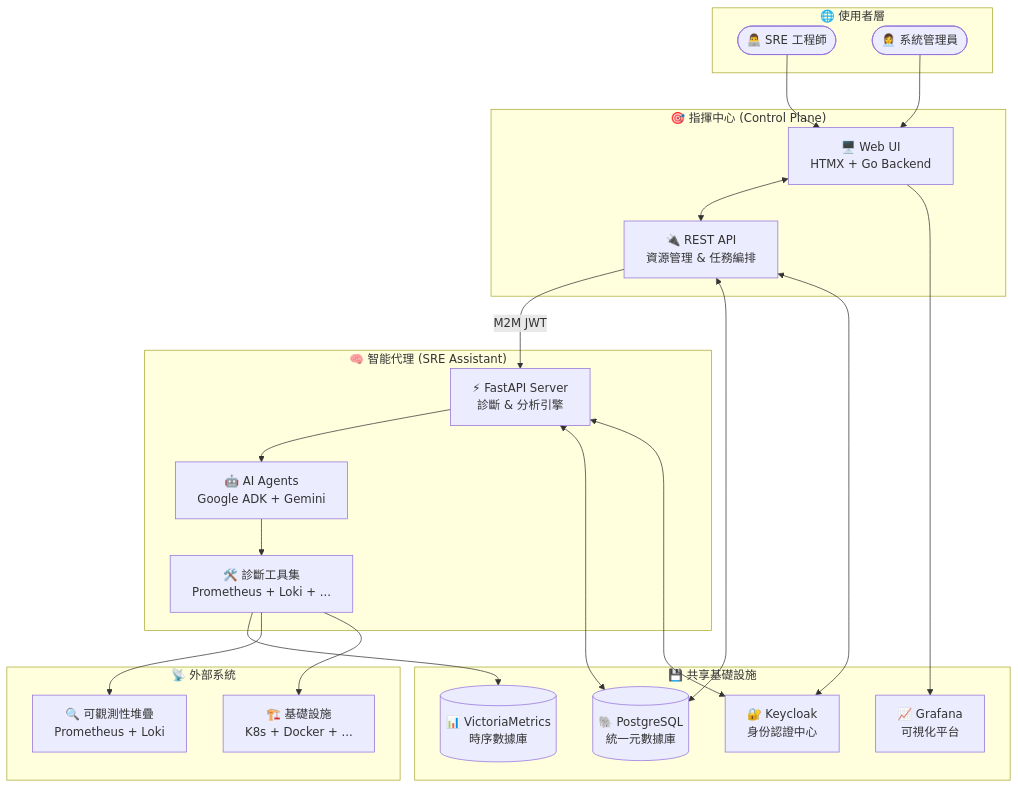
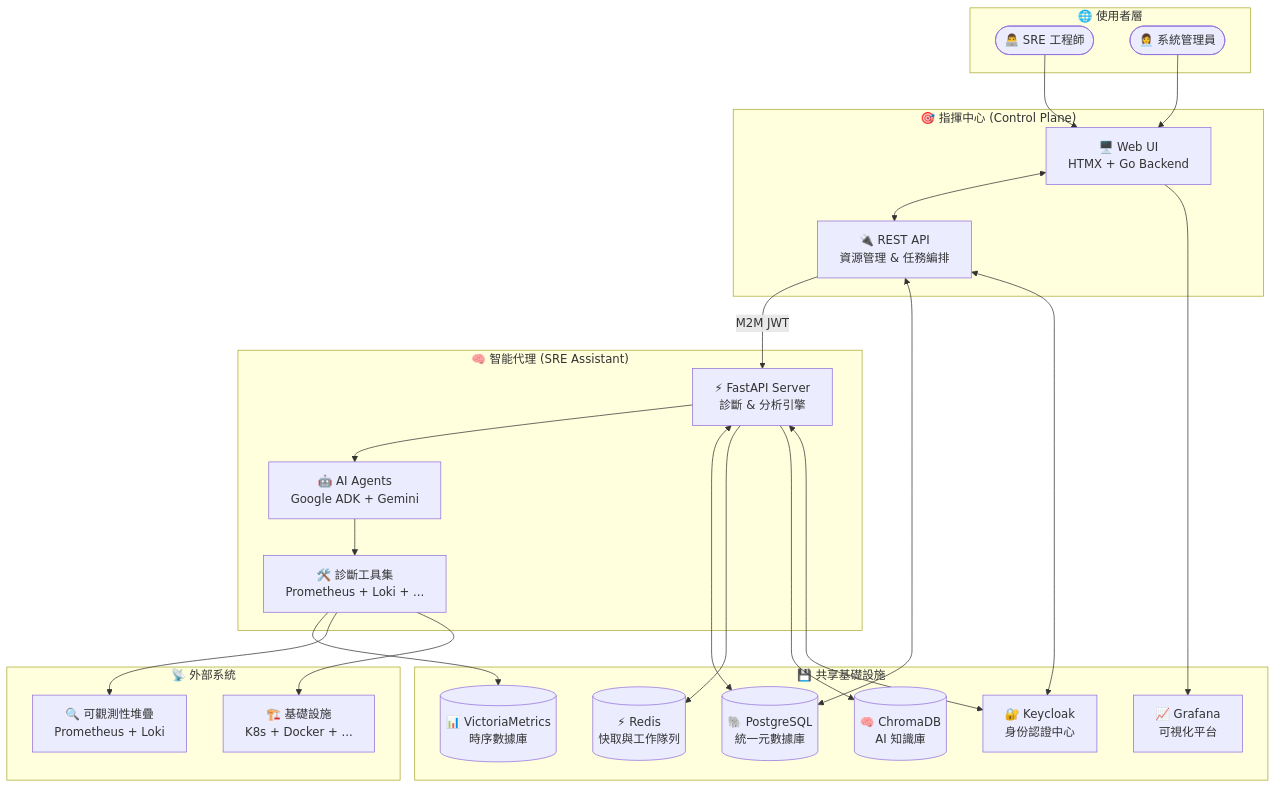
The second of 4 diagrams in README.md (detectviz/ai-ops), drawn with Mermaid before and after one commit. The commit also changed other lines of this file and 7 other files, not shown here.

````diff
--- a/README.md
+++ b/README.md
@@ -96,54 +96,58 @@
 ```mermaid
 graph TB
     subgraph "🌐 使用者層"
         User([👨‍💻 SRE 工程師])
         Admin([👩‍💼 系統管理員])
     end
 
     subgraph "🎯 指揮中心 (Control Plane)"
         ControlPlaneUI[🖥️ Web UI<br/>HTMX + Go Backend]
         ControlPlaneAPI[🔌 REST API<br/>資源管理 & 任務編排]
     end
 
     subgraph "🧠 智能代理 (SRE Assistant)"
         SREAssistantAPI[⚡ FastAPI Server<br/>診斷 & 分析引擎]
         AIAgents[🤖 AI Agents<br/>Google ADK + Gemini]
         Tools[🛠️ 診斷工具集<br/>Prometheus + Loki + ...]
     end
 
     subgraph "💾 共享基礎設施"
         PostgreSQL[(🐘 PostgreSQL<br/>統一元數據庫)]
-        VictoriaMetrics[(📊 VictoriaMetrics<br/>時序數據庫)]  
+        VictoriaMetrics[(📊 VictoriaMetrics<br/>時序數據庫)]
+        Redis[(⚡ Redis<br/>快取與工作隊列)]
+        ChromaDB[(🧠 ChromaDB<br/>AI 知識庫)]
         Grafana[📈 Grafana<br/>可視化平台]
         Keycloak[🔐 Keycloak<br/>身份認證中心]
     end
 
     subgraph "📡 外部系統"
         Observability[🔍 可觀測性堆疊<br/>Prometheus + Loki]
         Infrastructure[🏗️ 基礎設施<br/>K8s + Docker + ...]
     end
 
     %% 使用者互動
     User --> ControlPlaneUI
     Admin --> ControlPlaneUI
     
     %% 服務間通訊
     ControlPlaneUI <--> ControlPlaneAPI
     ControlPlaneAPI -->|M2M JWT| SREAssistantAPI
     SREAssistantAPI --> AIAgents
     AIAgents --> Tools
     
     %% 數據流
     ControlPlaneAPI <--> PostgreSQL
     SREAssistantAPI <--> PostgreSQL
+    SREAssistantAPI --> Redis
+    SREAssistantAPI --> ChromaDB
     Tools --> VictoriaMetrics
     Tools --> Observability
     ControlPlaneUI --> Grafana
     
     %% 認證流
     ControlPlaneAPI <--> Keycloak
     SREAssistantAPI <--> Keycloak
     
     %% 監控目標
     Tools --> Infrastructure
 ```
````
